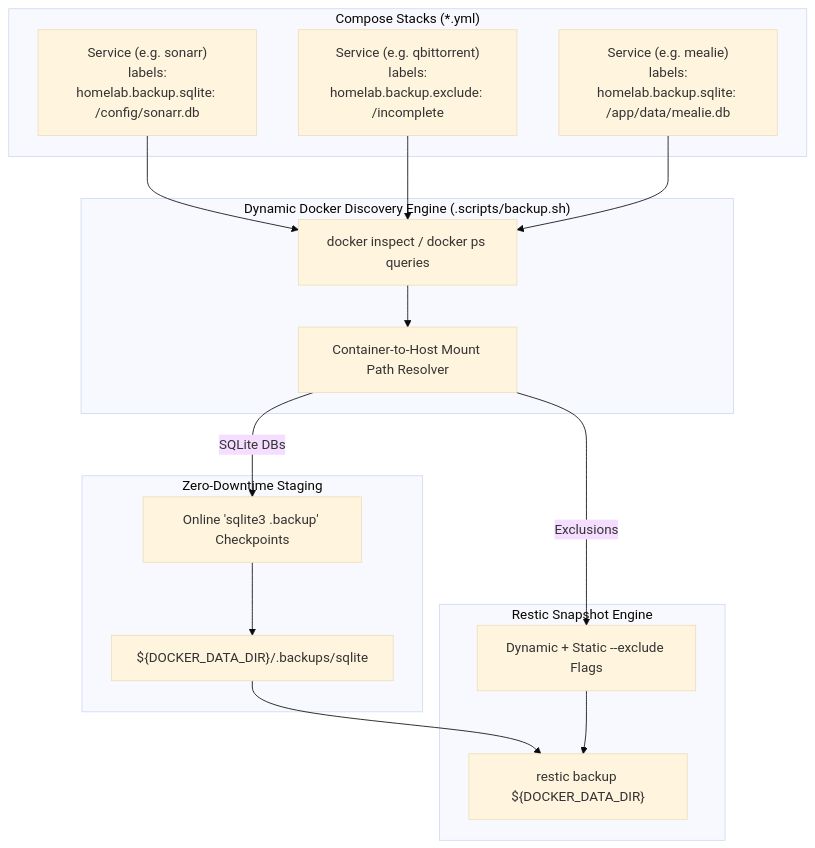
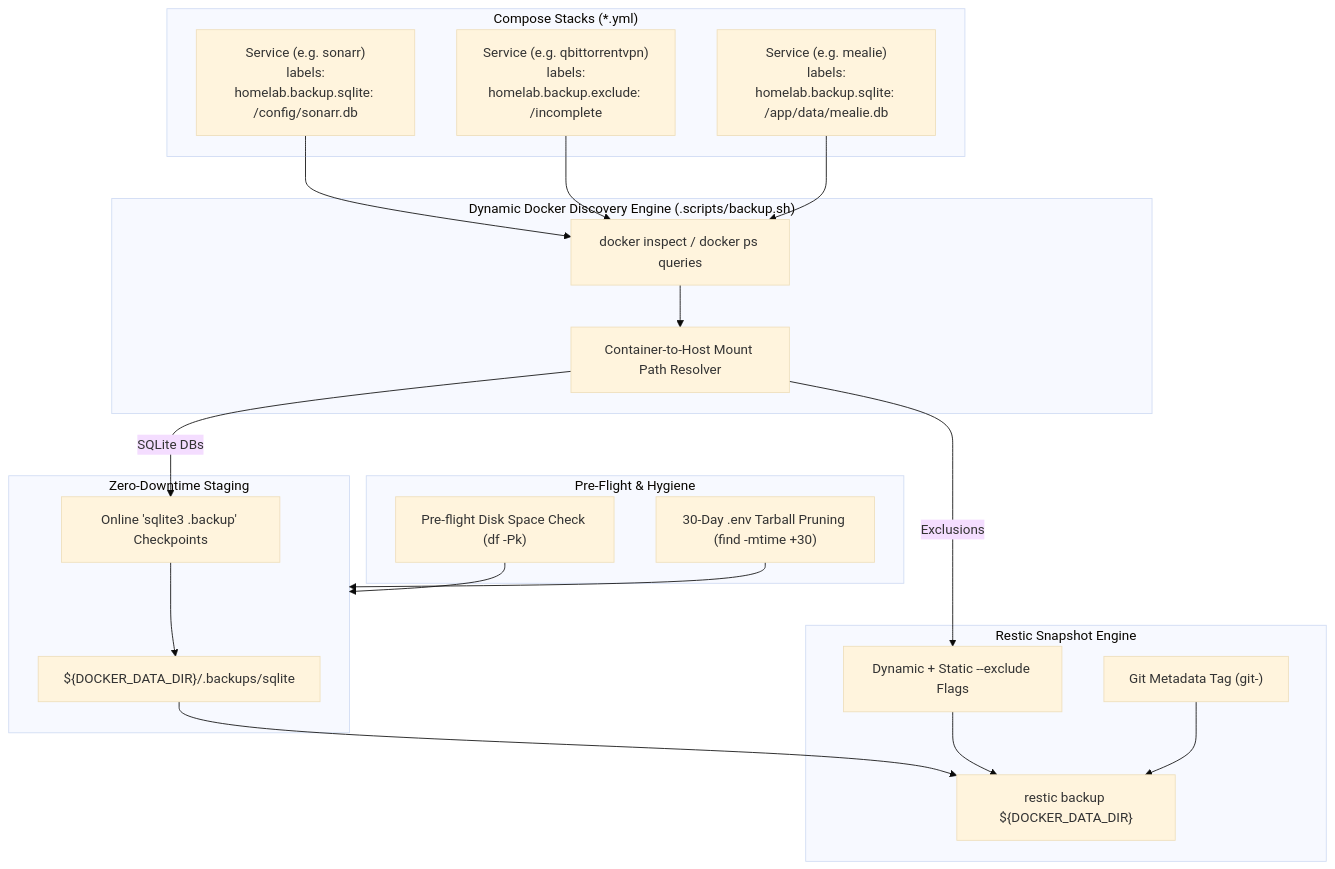
One commit to ParanoydAndroid/homelab-configs changed the diagram in .agents/artifacts/plan_declarative_backups.md. Above: the diagram before and after it, drawn with Mermaid (base theme). The commit also changed other lines of this file, not shown here.

Commit message:
docs(plan): refine declarative backup plan with safety and hygiene enhancements

````diff
--- a/.agents/artifacts/plan_declarative_backups.md
+++ b/.agents/artifacts/plan_declarative_backups.md
@@ -10,33 +12,42 @@
 ```mermaid
 flowchart TD
     subgraph Stacks["Compose Stacks (*.yml)"]
         SVC1["Service (e.g. sonarr)<br/>labels:<br/>homelab.backup.sqlite: /config/sonarr.db"]
-        SVC2["Service (e.g. qbittorrent)<br/>labels:<br/>homelab.backup.exclude: /incomplete"]
+        SVC2["Service (e.g. qbittorrentvpn)<br/>labels:<br/>homelab.backup.exclude: /incomplete"]
         SVC3["Service (e.g. mealie)<br/>labels:<br/>homelab.backup.sqlite: /app/data/mealie.db"]
     end
 
     subgraph Discovery["Dynamic Docker Discovery Engine (.scripts/backup.sh)"]
         QUERY["docker inspect / docker ps queries"]
         RESOLVER["Container-to-Host Mount Path Resolver"]
+    end
+
+    subgraph Preflight["Pre-Flight & Hygiene"]
+        DISK["Pre-flight Disk Space Check (df -Pk)"]
+        SECRET_PRUNE["30-Day .env Tarball Pruning (find -mtime +30)"]
     end
 
     subgraph Staging["Zero-Downtime Staging"]
         STAGING_DIR["${DOCKER_DATA_DIR}/.backups/sqlite"]
         SQLITE_BACKUP["Online 'sqlite3 .backup' Checkpoints"]
     end
 
     subgraph Execution["Restic Snapshot Engine"]
         EXCLUDE_FLAGS["Dynamic + Static --exclude Flags"]
+        GIT_META["Git Metadata Tag (git-<short_sha>)"]
         RESTIC["restic backup ${DOCKER_DATA_DIR}"]
     end
 
     SVC1 --> QUERY
     SVC2 --> QUERY
     SVC3 --> QUERY
     QUERY --> RESOLVER
+    DISK --> Staging
+    SECRET_PRUNE --> Staging
     RESOLVER -->|"SQLite DBs"| SQLITE_BACKUP
     SQLITE_BACKUP --> STAGING_DIR
     RESOLVER -->|"Exclusions"| EXCLUDE_FLAGS
     STAGING_DIR --> RESTIC
     EXCLUDE_FLAGS --> RESTIC
+    GIT_META --> RESTIC
 ```
````
